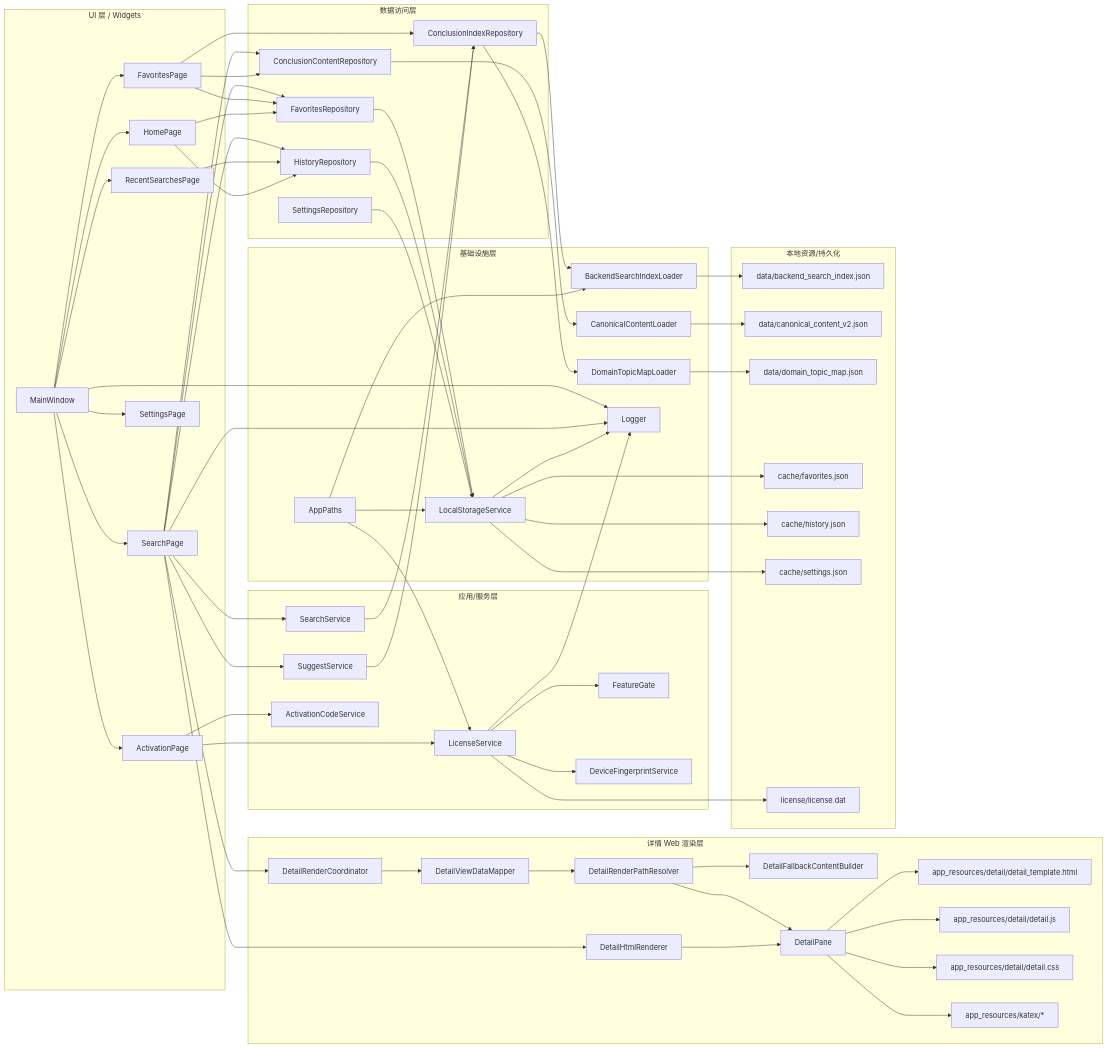
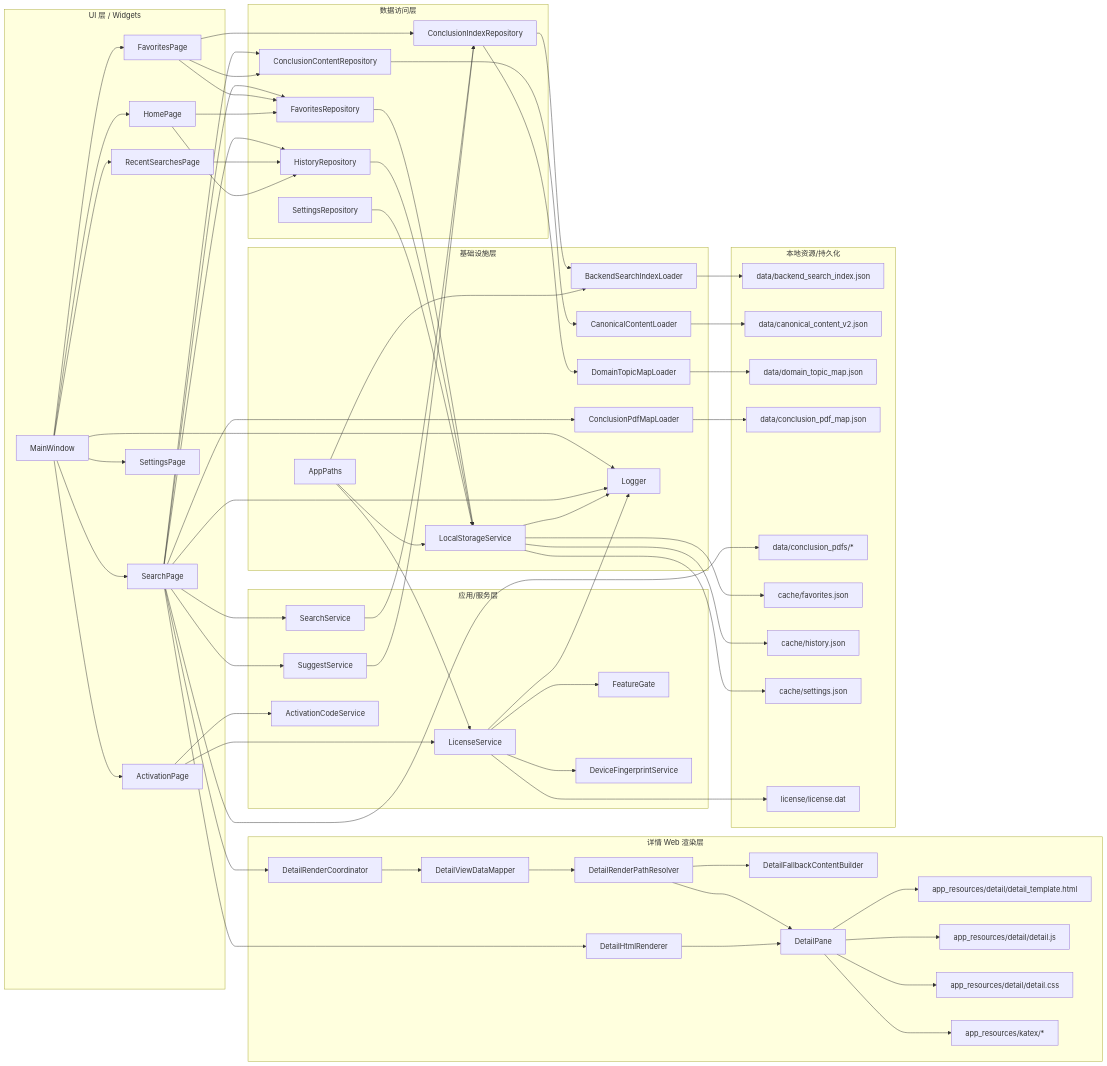
Before and after one commit to yfchenggithub/math_search_win: the first of 2 diagrams in docs/system_architecture.md, drawn with Mermaid. The commit also changed other lines of this file and 136 other files, not shown here.

```diff
--- a/docs/system_architecture.md
+++ b/docs/system_architecture.md
@@ -98,6 +98,7 @@
     IL[BackendSearchIndexLoader]
     DTL[DomainTopicMapLoader]
     CL[CanonicalContentLoader]
+    CPL[ConclusionPdfMapLoader]
     LSS[LocalStorageService]
     LOG[Logger]
     PATH[AppPaths]
@@ -120,6 +121,8 @@
     IDX[data/backend_search_index.json]
     CNT[data/canonical_content_v2.json]
     DTM[data/domain_topic_map.json]
+    CPM[data/conclusion_pdf_map.json]
+    CPD[data/conclusion_pdfs/*]
     CF[cache/favorites.json]
     CH[cache/history.json]
     CS[cache/settings.json]
@@ -136,6 +139,7 @@
   P2 --> SS --> IR
   P2 --> SGS --> IR
   P2 --> CR
+  P2 --> CPL
   P2 --> FR
   P2 --> HR
 
@@ -155,6 +159,8 @@
   IR --> IL --> IDX
   IR --> DTL --> DTM
   CR --> CL --> CNT
+  CPL --> CPM
+  P2 --> CPD
 
   FR --> LSS --> CF
   HR --> LSS --> CH
```
